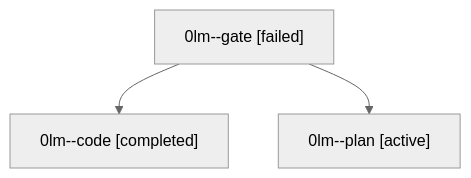
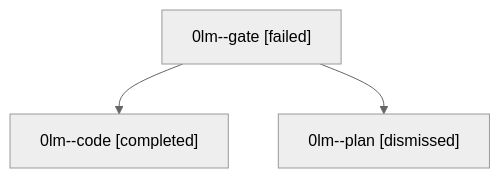
Before and after one commit to sase-org/sase--agents: the diagram in sessions/bbugyi200.athena.0lm.md, drawn with Mermaid (neutral theme). The commit also changed other lines of this file and 42 other files, not shown here.

````diff
--- a/sessions/bbugyi200.athena.0lm.md
+++ b/sessions/bbugyi200.athena.0lm.md
@@ -9,8 +9,8 @@
 ```mermaid
 flowchart TD
   n0["0lm--gate [failed]"]
   n1["0lm--code [completed]"]
   n0 --> n1
-  n2["0lm--plan [active]"]
+  n2["0lm--plan [dismissed]"]
   n0 --> n2
 ```
````
